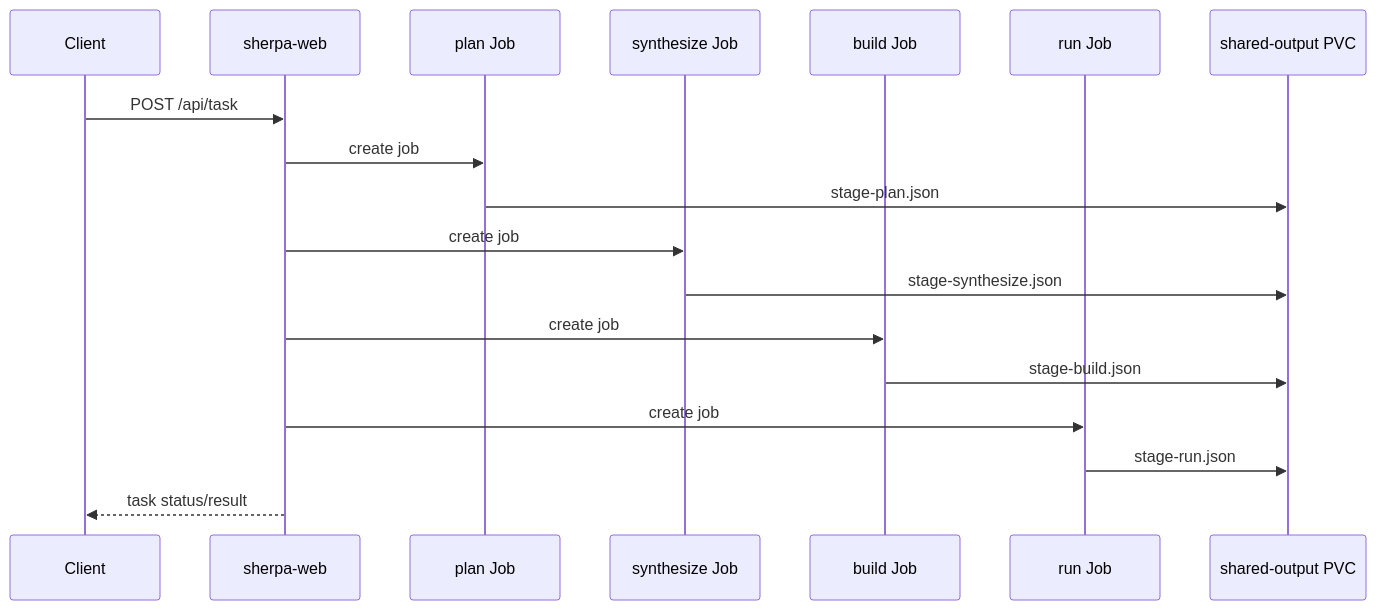
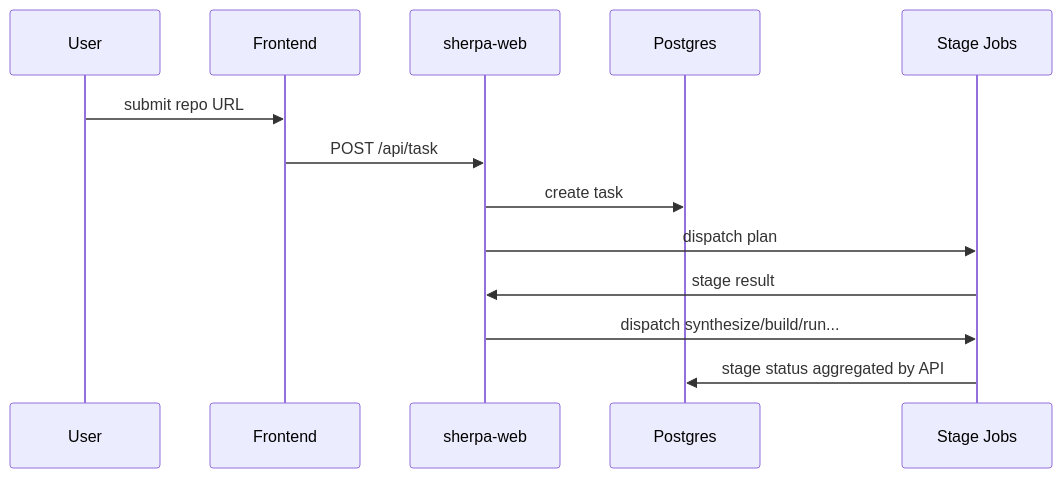
The diagram in docs/k8s/DEPLOYMENT_DETAILED.md (ZUENS2020/Sherpa), drawn with Mermaid before and after one commit. The commit also changed other lines of this file and 19 other files, not shown here.

Commit message:
docs: rewrite repository documentation to current architecture

````diff
--- a/docs/k8s/DEPLOYMENT_DETAILED.md
+++ b/docs/k8s/DEPLOYMENT_DETAILED.md
@@ -154,21 +43,15 @@
 ```mermaid
 sequenceDiagram
-  participant C as Client
-  participant W as sherpa-web
-  participant P as plan Job
-  participant S as synthesize Job
-  participant B as build Job
-  participant R as run Job
-  participant O as shared-output PVC
-
-  C->>W: POST /api/task
-  W->>P: create job
-  P->>O: stage-plan.json
-  W->>S: create job
-  S->>O: stage-synthesize.json
-  W->>B: create job
-  B->>O: stage-build.json
-  W->>R: create job
-  R->>O: stage-run.json
-  W-->>C: task status/result
+  participant U as User
+  participant FE as Frontend
+  participant API as sherpa-web
+  participant DB as Postgres
+  participant K8S as Stage Jobs
+  U->>FE: submit repo URL
+  FE->>API: POST /api/task
+  API->>DB: create task
+  API->>K8S: dispatch plan
+  K8S->>API: stage result
+  API->>K8S: dispatch synthesize/build/run...
+  K8S->>DB: stage status aggregated by API
 ```
````
